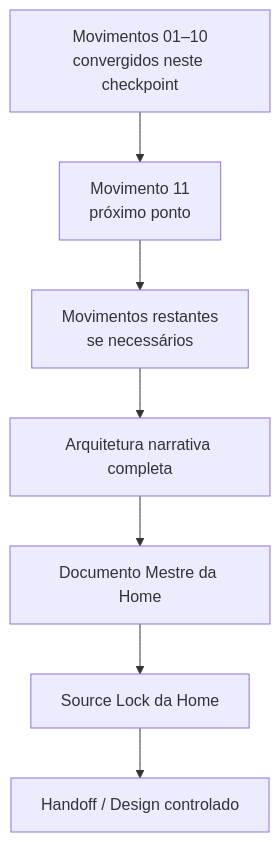
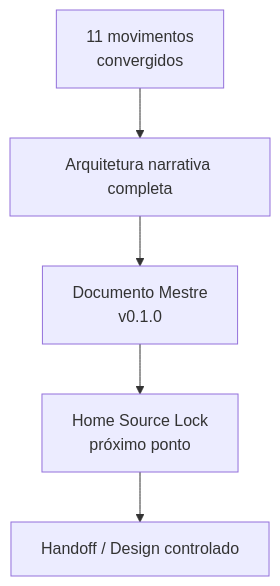
Before and after one commit to guivos-repositorio/Guivos-Knowledge-Repository: the tenth of 10 diagrams in docs/experience-architecture/public-home-intelligence-conceptual-architecture.md, drawn with Mermaid. The commit also changed other lines of this file and 2 other files, not shown here.

Commit message:
GKR: consolidar Documento Mestre da Home Intelligence v1

````diff
--- a/docs/experience-architecture/public-home-intelligence-conceptual-architecture.md
+++ b/docs/experience-architecture/public-home-intelligence-conceptual-architecture.md
@@ -962,12 +878,7 @@
 ```mermaid
 flowchart TD
-    A[Movimentos 01–10\nconvergidos neste checkpoint]
-    B[Movimento 11\npróximo ponto]
-    C[Movimentos restantes\nse necessários]
-    D[Arquitetura narrativa completa]
-    E[Documento Mestre da Home]
-    F[Source Lock da Home]
-    G[Handoff / Design controlado]
-
-    A --> B --> C --> D --> E --> F --> G
+    A[11 movimentos\nconvergidos] --> B[Arquitetura narrativa completa]
+    B --> C[Documento Mestre\nv0.1.0]
+    C --> D[Home Source Lock\npróximo ponto]
+    D --> E[Handoff / Design controlado]
 ```
````
